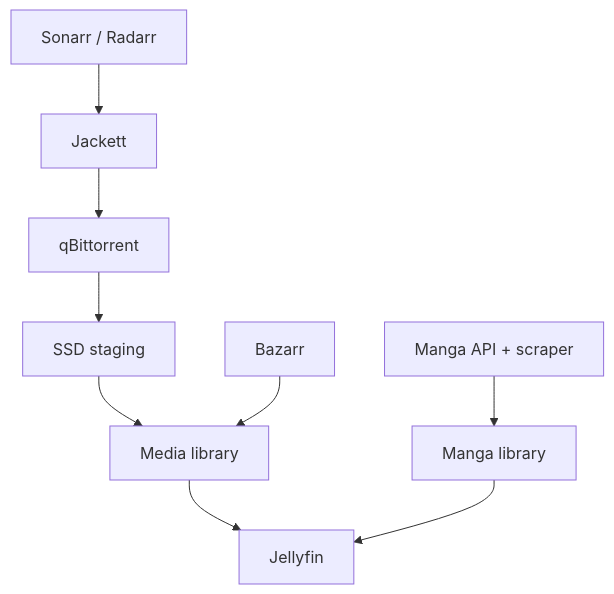
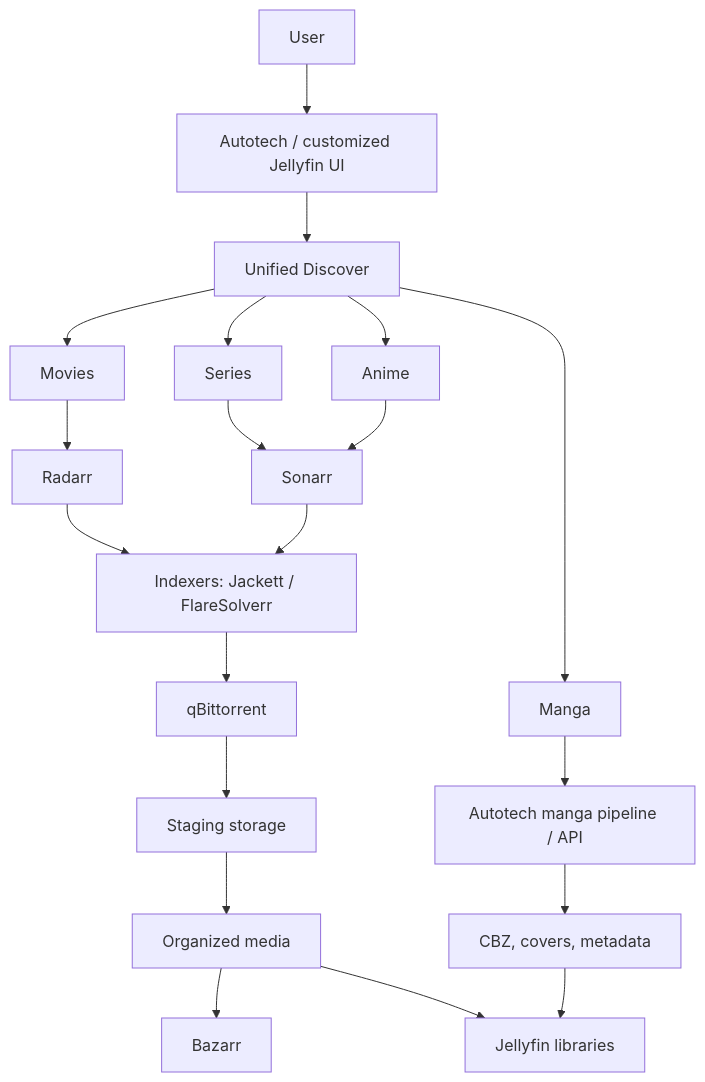
One commit to Lpao2/autotech-server changed the diagram in README.md. Above: the diagram before and after it, drawn with Mermaid. The commit also changed other lines of this file and 2 other files, not shown here.

Commit message:
docs: refresh Autotech for Windows 5.0.0 and Linux 5.0.1

````diff
--- a/README.md
+++ b/README.md
@@ -13,11 +29,15 @@
 ```mermaid
 flowchart TD
-    R[Sonarr / Radarr] --> J[Jackett]
-    J --> Q[qBittorrent]
-    Q --> S[SSD staging]
-    S --> M[Media library]
-    M --> F[Jellyfin]
-    B[Bazarr] --> M
-    A[Manga API + scraper] --> G[Manga library]
-    G --> F
+    U[User] --> UI[Autotech / customized Jellyfin UI]
+    UI --> D[Unified Discover]
+    D --> M[Movies] --> R[Radarr]
+    D --> S[Series] --> N[Sonarr]
+    D --> A[Anime] --> N
+    D --> G[Manga] --> P[Autotech manga pipeline / API]
+    R --> I[Indexers: Jackett / FlareSolverr]
+    N --> I
+    I --> Q[qBittorrent] --> T[Staging storage] --> O[Organized media]
+    O --> B[Bazarr]
+    O --> J[Jellyfin libraries]
+    P --> C[CBZ, covers, metadata] --> J
 ```
````
